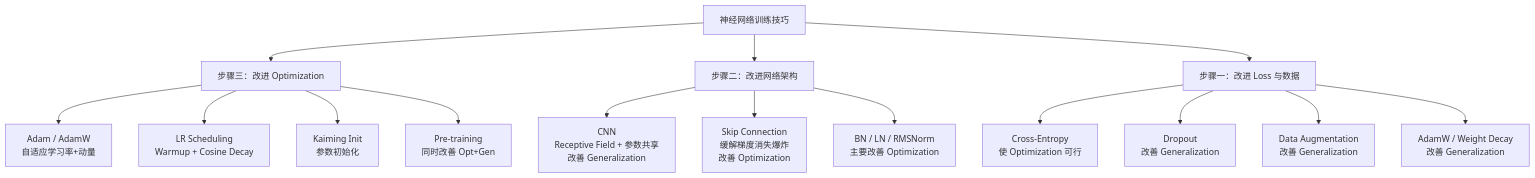
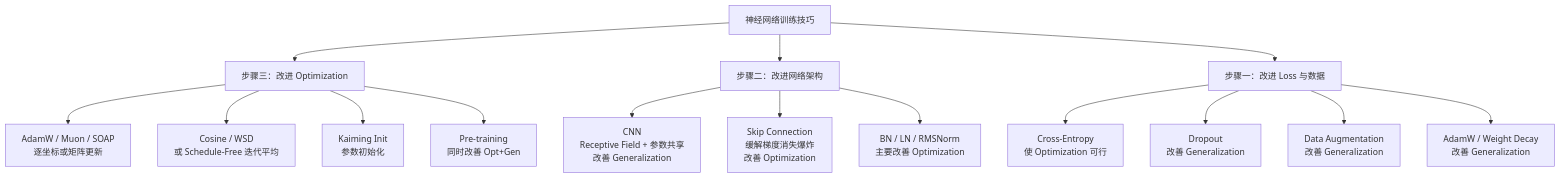
Before and after one commit to TingdeLiu/tingdeliu.github.io: the tenth of 15 diagrams in _posts/research/2026-03-26-Deep-Learning-Survey.md, drawn with Mermaid. The commit also changed other lines of this file and 2 other files, not shown here.

````diff
--- a/_posts/research/2026-03-26-Deep-Learning-Survey.md
+++ b/_posts/research/2026-03-26-Deep-Learning-Survey.md
@@ -1291,17 +1364,17 @@
 ```mermaid
 flowchart TD
     A["神经网络训练技巧"] --> B["步骤三：改进 Optimization"]
     A --> C["步骤二：改进网络架构"]
     A --> D["步骤一：改进 Loss 与数据"]
-    B --> B1["Adam / AdamW<br/>自适应学习率+动量"]
-    B --> B2["LR Scheduling<br/>Warmup + Cosine Decay"]
+    B --> B1["AdamW / Muon / SOAP<br/>逐坐标或矩阵更新"]
+    B --> B2["Cosine / WSD<br/>或 Schedule-Free 迭代平均"]
     B --> B3["Kaiming Init<br/>参数初始化"]
     B --> B4["Pre-training<br/>同时改善 Opt+Gen"]
     C --> C1["CNN<br/>Receptive Field + 参数共享<br/>改善 Generalization"]
     C --> C2["Skip Connection<br/>缓解梯度消失爆炸<br/>改善 Optimization"]
     C --> C3["BN / LN / RMSNorm<br/>主要改善 Optimization"]
     D --> D1["Cross-Entropy<br/>使 Optimization 可行"]
     D --> D2["Dropout<br/>改善 Generalization"]
     D --> D3["Data Augmentation<br/>改善 Generalization"]
     D --> D4["AdamW / Weight Decay<br/>改善 Generalization"]
 ```
````
